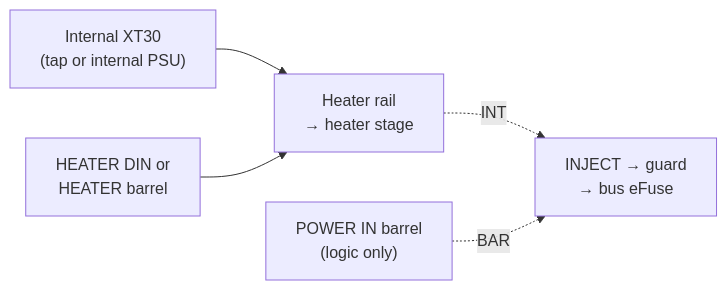
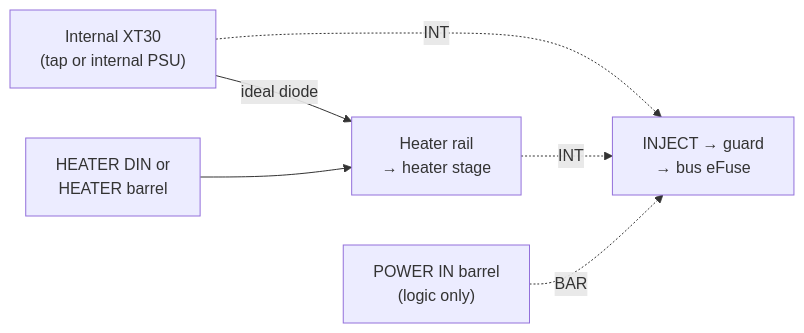
One commit to BashfulBits/3dp-fleet-exhaust changed the second of 3 diagrams in docs/02_hardware_specification.md. Above: the diagram before and after it, drawn with Mermaid. The commit also changed other lines of this file and 9 other files, not shown here.

First line of the commit message:
D64 follow-up: tap ideal diode, two-supply check, bus voltage sense

````diff
--- a/docs/02_hardware_specification.md
+++ b/docs/02_hardware_specification.md
@@ -81,7 +81,8 @@
 ```mermaid
 flowchart LR
-  HIN["Internal XT30<br>(tap or internal PSU)"] --> HR["Heater rail<br>→ heater stage"]
+  HIN["Internal XT30<br>(tap or internal PSU)"] -->|"ideal diode"| HR["Heater rail<br>→ heater stage"]
   HB["HEATER DIN or<br>HEATER barrel"] --> HR
-  HR -.->|"INT"| EF["INJECT → guard<br>→ bus eFuse"]
+  HIN -.->|"INT"| EF["INJECT → guard<br>→ bus eFuse"]
+  HR -.->|"INT"| EF
   BAR["POWER IN barrel<br>(logic only)"] -.->|"BAR"| EF
 ```
````
